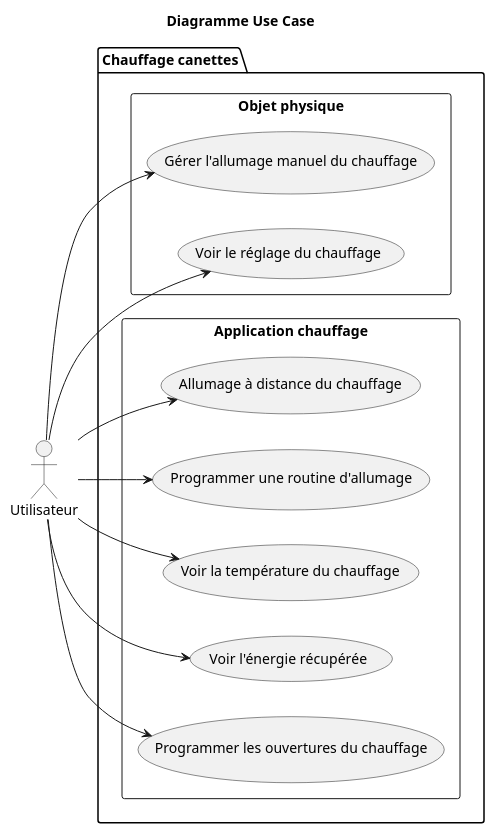
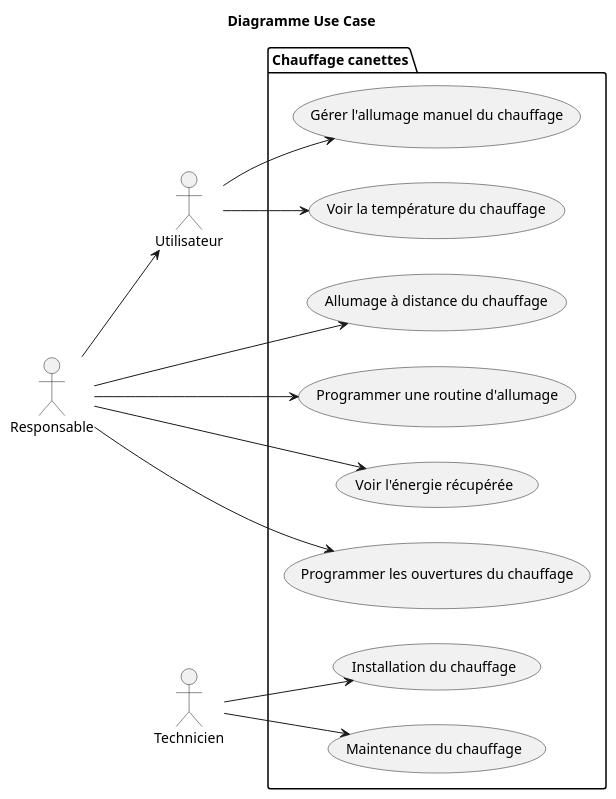
The diagram in diagrams/usecase.puml (chauffapagnan/documentation), drawn with PlantUML before and after one commit. The commit also changed 14 other files, not shown here.

```diff
--- a/diagrams/usecase.puml
+++ b/diagrams/usecase.puml
@@ -1,33 +1,34 @@
 @startuml
 
 title Diagramme Use Case
 left to right direction
+
 actor Utilisateur
+actor Responsable
+actor Technicien
 
 package "Chauffage canettes" {
-    rectangle "Objet physique" {
-        usecase (Gérer l'allumage manuel du chauffage) as manuel
-        usecase (Voir le réglage du chauffage) as voir_reglage
-    }
-
-    rectangle "Application chauffage" {
-        usecase (Allumage à distance du chauffage) as distance
-        usecase (Programmer une routine d'allumage) as prog_routine
-        usecase (Voir la température du chauffage) as voir_temp
-        usecase (Voir l'énergie récupérée) as voir_energ
-        usecase (Programmer les ouvertures du chauffage) as gerer_ouvertures
-    }
-
+    usecase (Gérer l'allumage manuel du chauffage) as manuel
+    usecase (Allumage à distance du chauffage) as distance
+    usecase (Programmer une routine d'allumage) as prog_routine
+    usecase (Voir la température du chauffage) as voir_temp
+    usecase (Voir l'énergie récupérée) as voir_energ
+    usecase (Programmer les ouvertures du chauffage) as gerer_ouvertures
+    usecase (Installation du chauffage) as installation
+    usecase (Maintenance du chauffage) as maintenance
 }
 
 Utilisateur --> manuel
-Utilisateur --> voir_reglage
+Utilisateur --> voir_temp
 
-Utilisateur --> distance
-Utilisateur --> prog_routine
-Utilisateur --> voir_temp
-Utilisateur --> voir_energ
-Utilisateur --> gerer_ouvertures
+Responsable --> Utilisateur
+Responsable --> gerer_ouvertures
+Responsable --> distance
+Responsable --> prog_routine
+Responsable --> voir_energ
+
+Technicien --> installation
+Technicien --> maintenance
 
 
 @enduml
```
